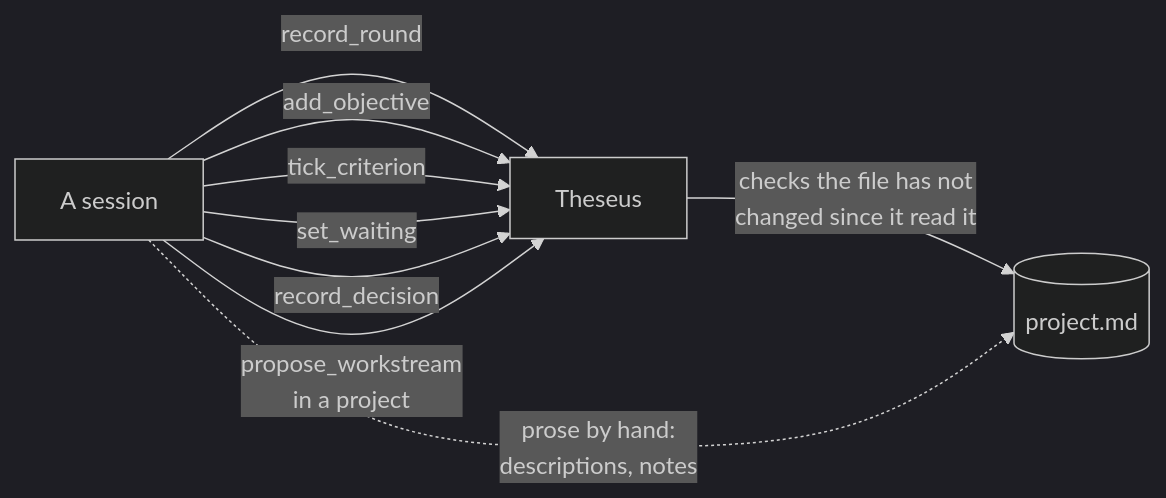
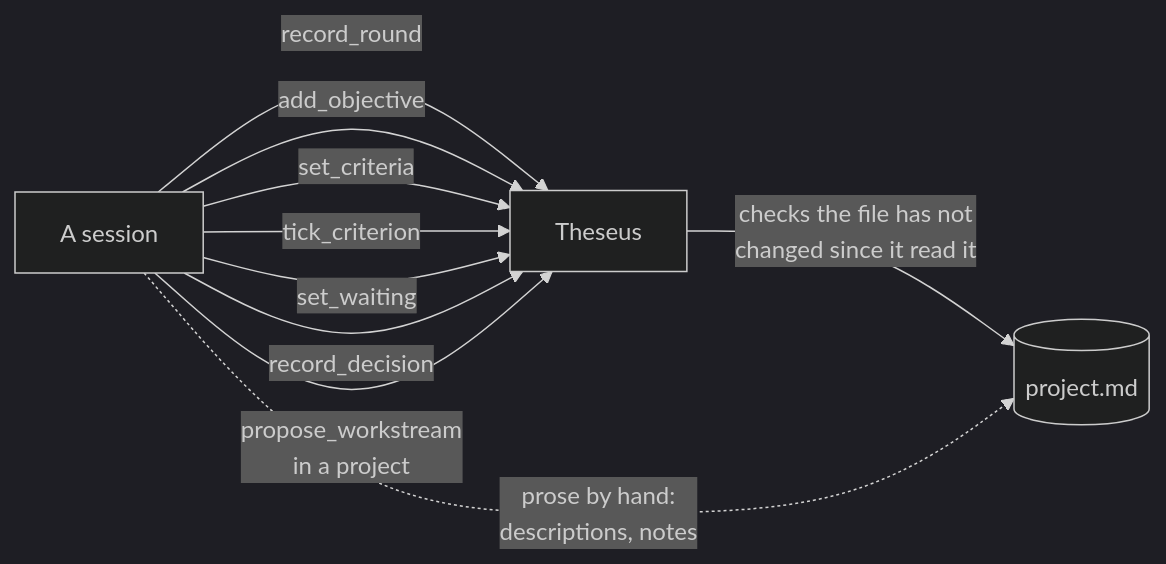
Before and after one commit to nigelbasel/Theseus: diagram 16 of 42 in docs/factory-guide.md, drawn with Mermaid (dark theme). The commit also changed other lines of this file and 349 other files, not shown here.

````diff
--- a/docs/factory-guide.md
+++ b/docs/factory-guide.md
@@ -595,11 +611,12 @@
 ```mermaid
 flowchart LR
   S["A session"] -->|record_round| T["Theseus"]
   S -->|add_objective| T
+  S -->|set_criteria| T
   S -->|tick_criterion| T
   S -->|set_waiting| T
   S -->|record_decision| T
   S -->|propose_workstream<br/>in a project| T
   T -->|"checks the file has not<br/>changed since it read it"| F[("project.md")]
   S -.prose by hand:<br/>descriptions, notes.-> F
 ```
````
